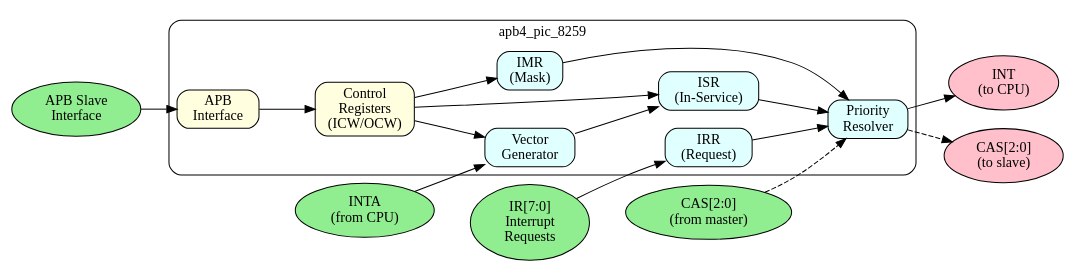
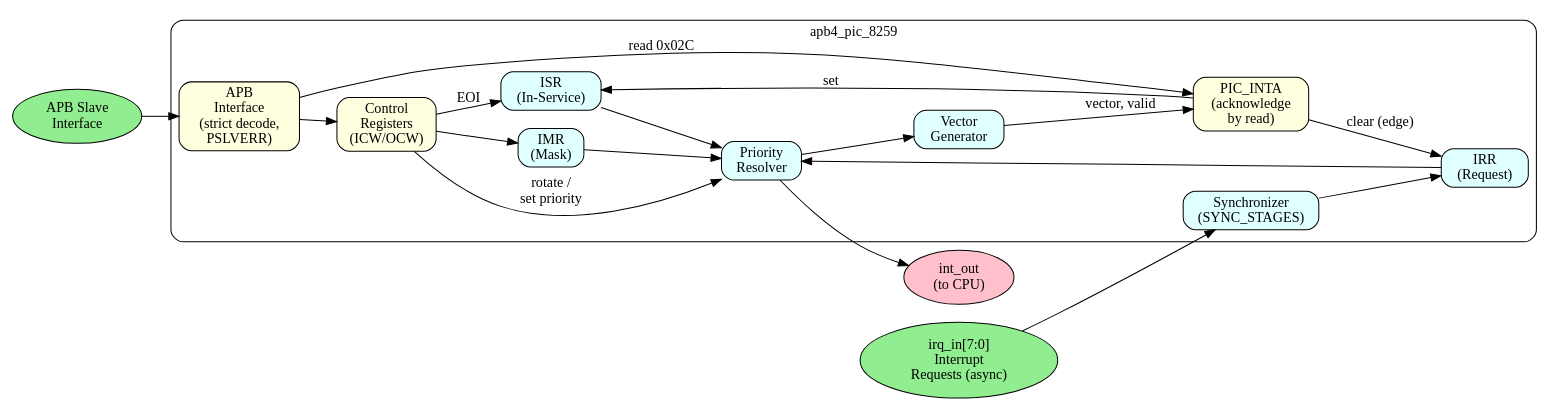
Before and after one commit to sean-galloway/RTLDesignSherpa: the diagram in projects/components/retro_legacy_blocks/docs/pic_8259_mas/assets/graphviz/pic_8259_top.gv, drawn with Graphviz. The commit also changed 27 other files, not shown here.

First line of the commit message:
fix(rlb/pic_8259): acknowledge-by-read, live ISR/IRR, datasheet nesting and SMM, strict decode (#50)

```diff
--- a/projects/components/retro_legacy_blocks/docs/pic_8259_mas/assets/graphviz/pic_8259_top.gv
+++ b/projects/components/retro_legacy_blocks/docs/pic_8259_mas/assets/graphviz/pic_8259_top.gv
@@ -1,41 +1,42 @@
 // PIC 8259 Top-Level Block Diagram
 digraph pic_8259_top {
     rankdir=LR;
     node [shape=box, style="rounded,filled", fillcolor=lightblue];
 
     apb_in [label="APB Slave\nInterface", shape=ellipse, fillcolor=lightgreen];
-    irq_in [label="IR[7:0]\nInterrupt\nRequests", shape=ellipse, fillcolor=lightgreen];
-    cascade_in [label="CAS[2:0]\n(from master)", shape=ellipse, fillcolor=lightgreen];
+    irq_in [label="irq_in[7:0]\nInterrupt\nRequests (async)", shape=ellipse, fillcolor=lightgreen];
 
     subgraph cluster_pic {
         label="apb4_pic_8259";
         style=rounded;
 
-        apb_if [label="APB\nInterface", fillcolor=lightyellow];
+        apb_if [label="APB\nInterface\n(strict decode,\nPSLVERR)", fillcolor=lightyellow];
         regs [label="Control\nRegisters\n(ICW/OCW)", fillcolor=lightyellow];
+        inta [label="PIC_INTA\n(acknowledge\nby read)", fillcolor=lightyellow];
+        sync [label="Synchronizer\n(SYNC_STAGES)", fillcolor=lightcyan];
         irr [label="IRR\n(Request)", fillcolor=lightcyan];
         isr [label="ISR\n(In-Service)", fillcolor=lightcyan];
         imr [label="IMR\n(Mask)", fillcolor=lightcyan];
         priority [label="Priority\nResolver", fillcolor=lightcyan];
         vector [label="Vector\nGenerator", fillcolor=lightcyan];
     }
 
-    int_out [label="INT\n(to CPU)", shape=ellipse, fillcolor=pink];
-    cascade_out [label="CAS[2:0]\n(to slave)", shape=ellipse, fillcolor=pink];
-    ack_in [label="INTA\n(from CPU)", shape=ellipse, fillcolor=lightgreen];
+    int_out [label="int_out\n(to CPU)", shape=ellipse, fillcolor=pink];
 
     apb_in -> apb_if;
     apb_if -> regs;
-    irq_in -> irr;
+    apb_if -> inta [label="read 0x02C"];
+    irq_in -> sync;
+    sync -> irr;
     irr -> priority;
     imr -> priority;
     isr -> priority;
     regs -> imr;
-    regs -> isr;
+    regs -> isr [label="EOI"];
+    regs -> priority [label="rotate /\nset priority"];
     priority -> int_out;
-    ack_in -> vector;
-    vector -> isr;
-    regs -> vector;
-    cascade_in -> priority [style=dashed];
-    priority -> cascade_out [style=dashed];
+    priority -> vector;
+    vector -> inta [label="vector, valid"];
+    inta -> isr [label="set"];
+    inta -> irr [label="clear (edge)"];
 }
```
